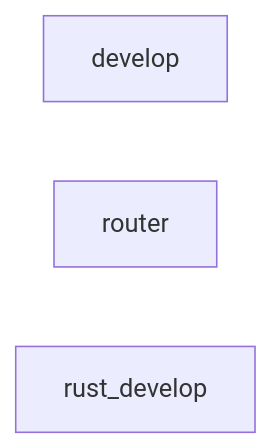
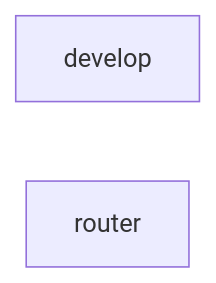
The diagram in .decree/graph/system.md (jtmckay/decree), drawn with Mermaid before and after one commit. The commit also changed other lines of this file and 6 other files, not shown here.

First line of the commit message:
Remove this repository's rust_develop machine; develop runs its migrations now

````diff
--- a/.decree/graph/system.md
+++ b/.decree/graph/system.md
@@ -9,6 +8,5 @@
 ```mermaid
 flowchart LR
     develop["develop"]
     router["router"]
-    rust_develop["rust_develop"]
 ```
````
